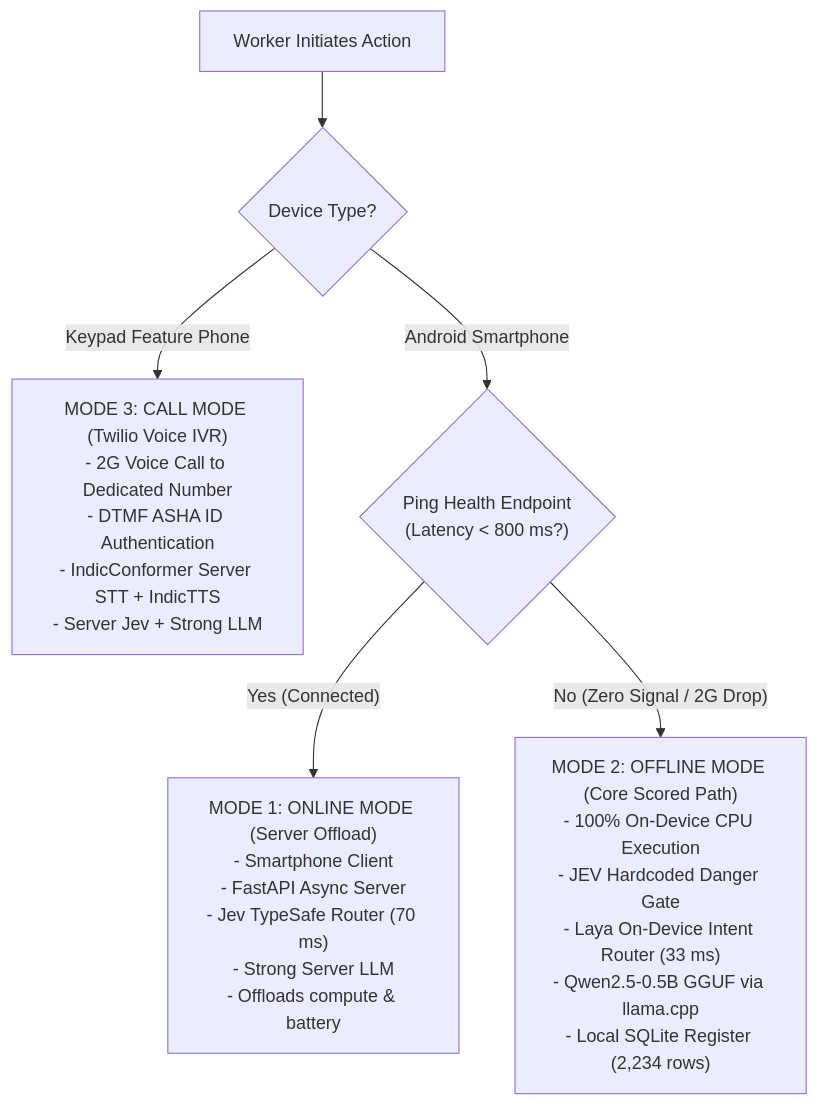
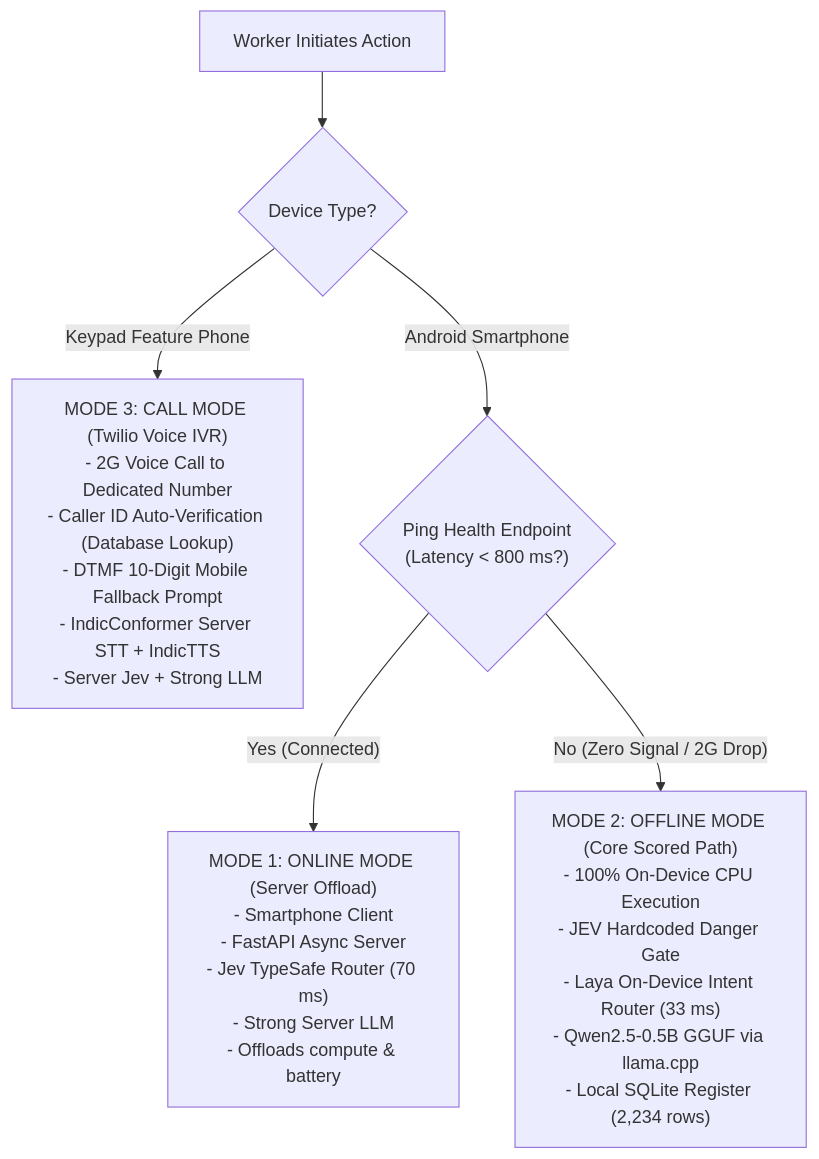
The first of 3 diagrams in docs/architecture/08_FINAL_SYSTEM_ARCHITECTURE.md (burlaprudhviraj123/Arogyasathi), drawn with Mermaid before and after one commit. The commit also changed other lines of this file and 15 other files, not shown here.

Commit message:
Switch ASHA authentication to phone number and OTP, add caller ID IVR lookup, and add profile dialog with beat switcher

````diff
--- a/docs/architecture/08_FINAL_SYSTEM_ARCHITECTURE.md
+++ b/docs/architecture/08_FINAL_SYSTEM_ARCHITECTURE.md
@@ -67,12 +67,12 @@
 ```mermaid
 flowchart TD
     Start["Worker Initiates Action"] --> DeviceType{"Device Type?"}
     
-    DeviceType -- "Keypad Feature Phone" --> CallMode["MODE 3: CALL MODE (Twilio Voice IVR)<br/>- 2G Voice Call to Dedicated Number<br/>- DTMF ASHA ID Authentication<br/>- IndicConformer Server STT + IndicTTS<br/>- Server Jev + Strong LLM"]
+    DeviceType -- "Keypad Feature Phone" --> CallMode["MODE 3: CALL MODE (Twilio Voice IVR)<br/>- 2G Voice Call to Dedicated Number<br/>- Caller ID Auto-Verification (Database Lookup)<br/>- DTMF 10-Digit Mobile Fallback Prompt<br/>- IndicConformer Server STT + IndicTTS<br/>- Server Jev + Strong LLM"]
     
     DeviceType -- "Android Smartphone" --> CheckPing{"Ping Health Endpoint<br/>(Latency < 800 ms?)"}
     
     CheckPing -- "Yes (Connected)" --> OnlineMode["MODE 1: ONLINE MODE (Server Offload)<br/>- Smartphone Client<br/>- FastAPI Async Server<br/>- Jev TypeSafe Router (70 ms)<br/>- Strong Server LLM<br/>- Offloads compute & battery"]
     
     CheckPing -- "No (Zero Signal / 2G Drop)" --> OfflineMode["MODE 2: OFFLINE MODE (Core Scored Path)<br/>- 100% On-Device CPU Execution<br/>- JEV Hardcoded Danger Gate<br/>- Laya On-Device Intent Router (33 ms)<br/>- Qwen2.5-0.5B GGUF via llama.cpp<br/>- Local SQLite Register (2,234 rows)"]
 ```
````
